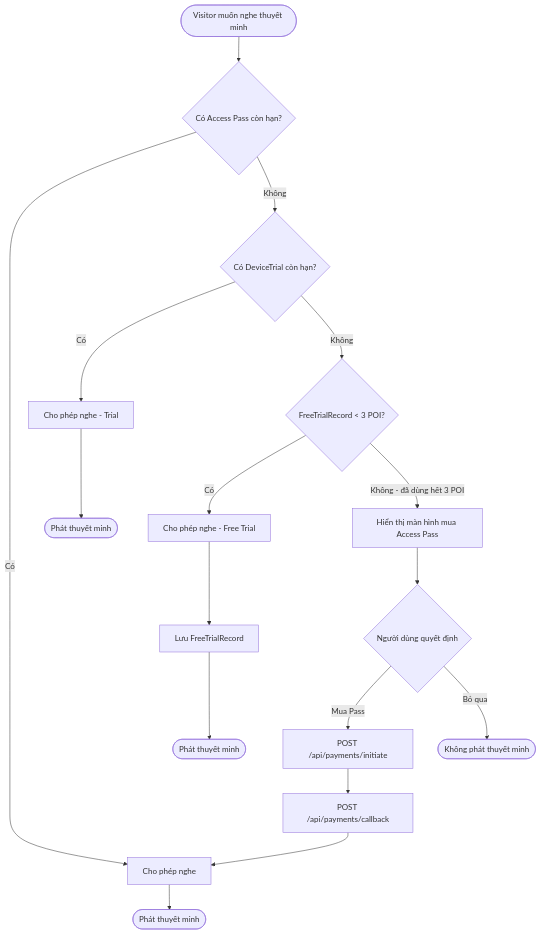
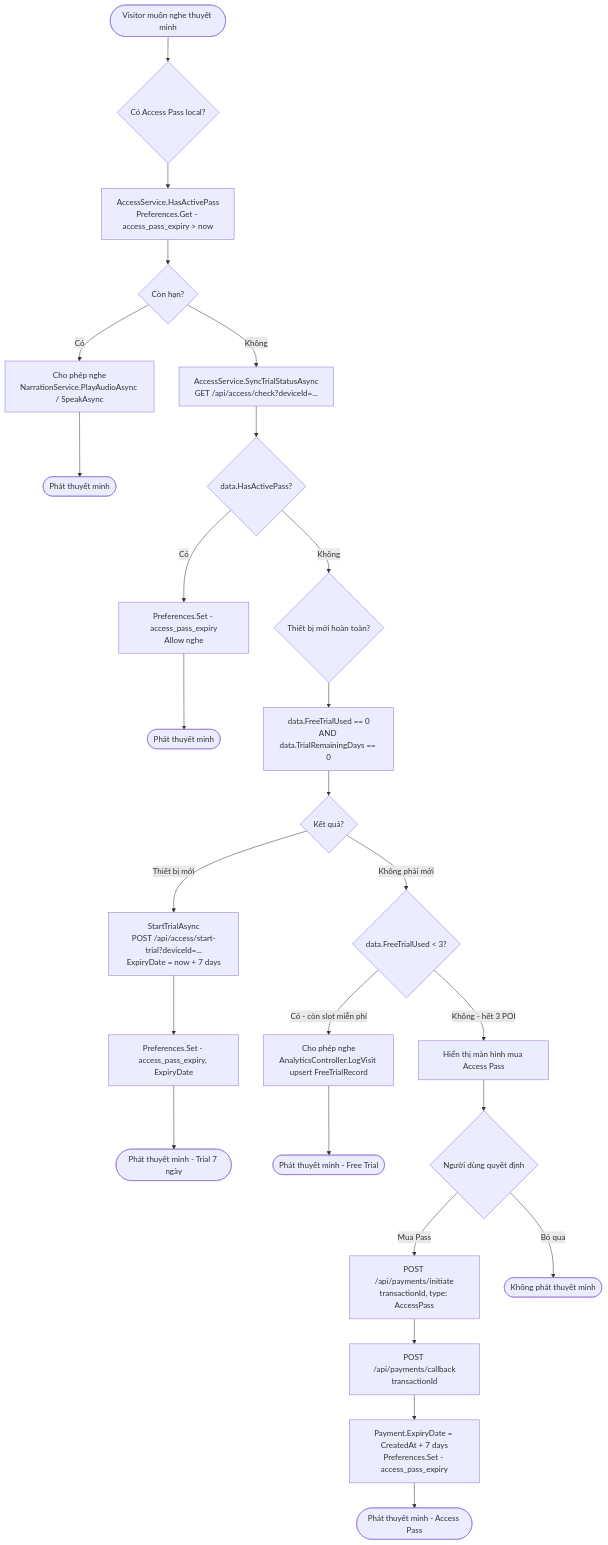
Before and after one commit to phamquyet47204/C-Sharp: diagram 15 of 17 in README.md, drawn with Mermaid. The commit also changed other lines of this file, not shown here.

````diff
--- a/README.md
+++ b/README.md
@@ -706,19 +1224,28 @@
 ```mermaid
 flowchart TD
-  Start([Visitor muốn nghe thuyết minh]) --> CheckPass{Có Access Pass còn hạn?}
-  CheckPass -->|Có| Allow1[Cho phép nghe]
+  Start([Visitor muốn nghe thuyết minh]) --> CheckLocalPass{Có Access Pass local?}
+  CheckLocalPass --> LocalPassNote["AccessService.HasActivePass\nPreferences.Get - access_pass_expiry > now"]
+  LocalPassNote --> LocalPassDecision{Còn hạn?}
+  LocalPassDecision -->|Có| Allow1["Cho phép nghe\nNarrationService.PlayAudioAsync / SpeakAsync"]
   Allow1 --> End1([Phát thuyết minh])
-  CheckPass -->|Không| CheckTrial{Có DeviceTrial còn hạn?}
-  CheckTrial -->|Có| Allow2[Cho phép nghe - Trial]
-  Allow2 --> End2([Phát thuyết minh])
-  CheckTrial -->|Không| CheckFree{FreeTrialRecord < 3 POI?}
-  CheckFree -->|Có| Allow3[Cho phép nghe - Free Trial]
-  Allow3 --> SaveRecord[Lưu FreeTrialRecord]
-  SaveRecord --> End3([Phát thuyết minh])
-  CheckFree -->|Không - đã dùng hết 3 POI| ShowPaywall[Hiển thị màn hình mua Access Pass]
+  LocalPassDecision -->|Không| SyncTrial["AccessService.SyncTrialStatusAsync\nGET /api/access/check?deviceId=..."]
+  SyncTrial --> CheckServerPass{data.HasActivePass?}
+  CheckServerPass -->|Có| SaveExpiry["Preferences.Set - access_pass_expiry\nAllow nghe"]
+  SaveExpiry --> End2([Phát thuyết minh])
+  CheckServerPass -->|Không| CheckNewDevice{Thiết bị mới hoàn toàn?}
+  CheckNewDevice --> NewDeviceNote["data.FreeTrialUsed == 0\nAND data.TrialRemainingDays == 0"]
+  NewDeviceNote --> NewDeviceDecision{Kết quả?}
+  NewDeviceDecision -->|Thiết bị mới| StartTrial["StartTrialAsync\nPOST /api/access/start-trial?deviceId=...\nExpiryDate = now + 7 days"]
+  StartTrial --> SaveTrial["Preferences.Set - access_pass_expiry, ExpiryDate"]
+  SaveTrial --> End3([Phát thuyết minh - Trial 7 ngày])
+  NewDeviceDecision -->|Không phải mới| CheckFree{data.FreeTrialUsed < 3?}
+  CheckFree -->|Có - còn slot miễn phí| Allow3["Cho phép nghe\nAnalyticsController.LogVisit upsert FreeTrialRecord"]
+  Allow3 --> End4([Phát thuyết minh - Free Trial])
+  CheckFree -->|Không - hết 3 POI| ShowPaywall["Hiển thị màn hình mua Access Pass"]
   ShowPaywall --> UserDecide{Người dùng quyết định}
-  UserDecide -->|Mua Pass| InitPayment[POST /api/payments/initiate]
-  InitPayment --> Callback[POST /api/payments/callback]
-  Callback --> Allow1
-  UserDecide -->|Bỏ qua| End4([Không phát thuyết minh])
+  UserDecide -->|Mua Pass| InitPayment["POST /api/payments/initiate\ntransactionId, type: AccessPass"]
+  InitPayment --> Callback["POST /api/payments/callback\ntransactionId"]
+  Callback --> UpdateExpiry["Payment.ExpiryDate = CreatedAt + 7 days\nPreferences.Set - access_pass_expiry"]
+  UpdateExpiry --> End5([Phát thuyết minh - Access Pass])
+  UserDecide -->|Bỏ qua| End6([Không phát thuyết minh])
 ```
````
